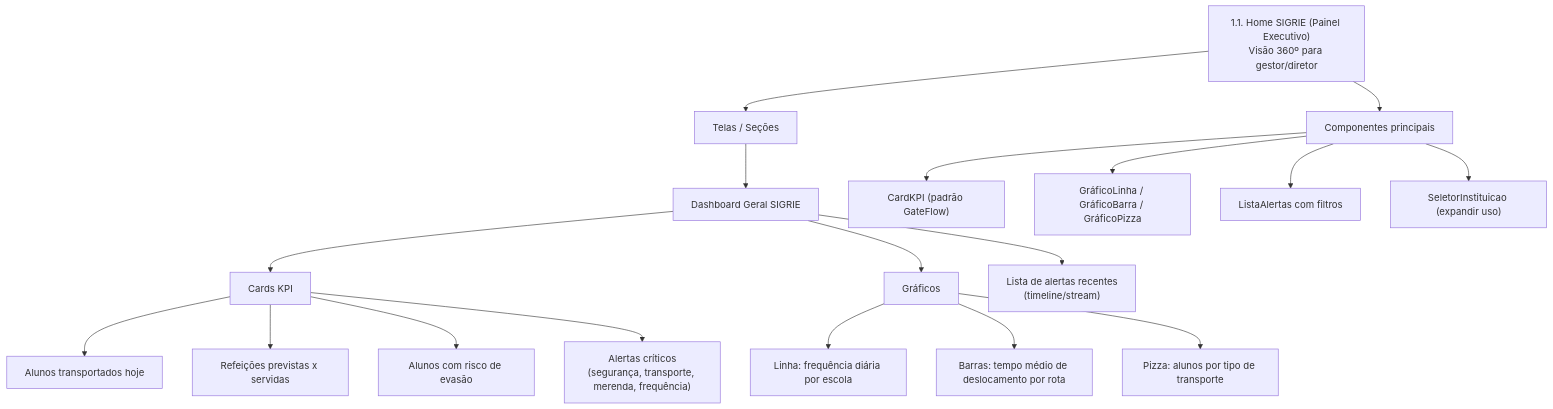
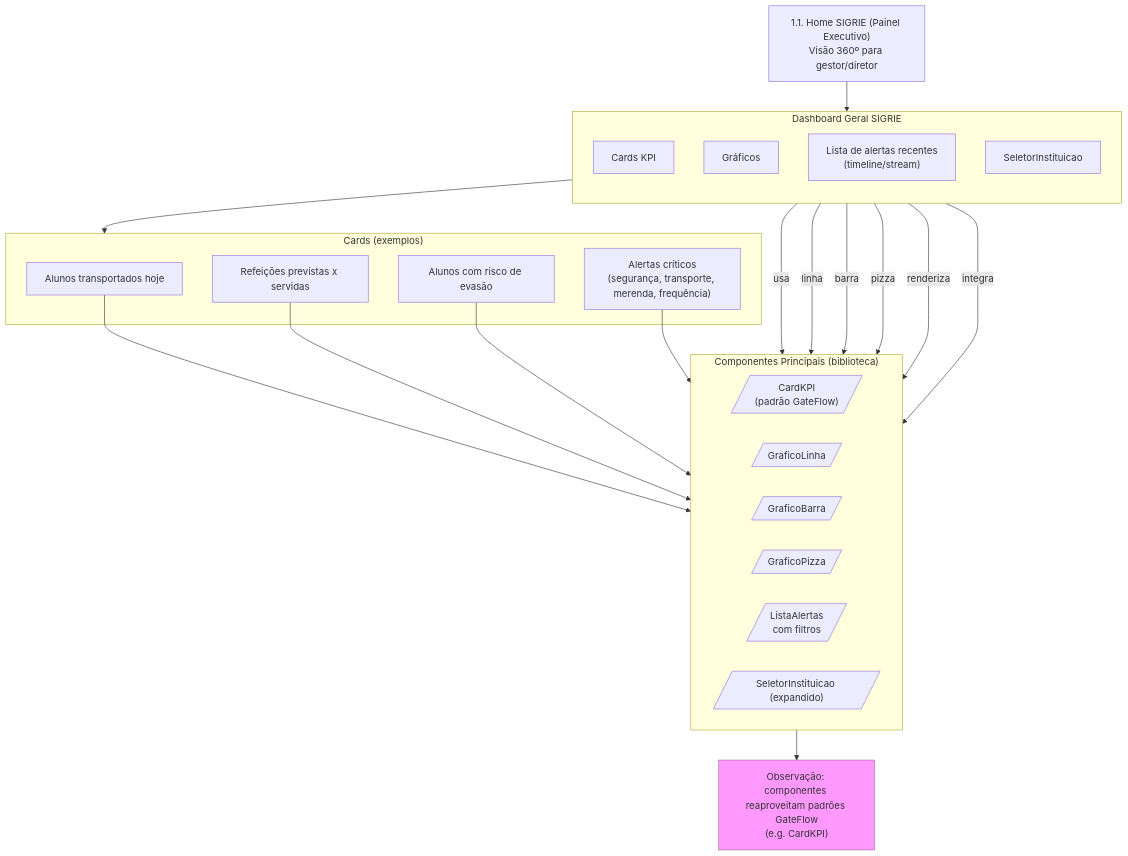
The diagram in css/README.md (JhonataFerreira95/FrontStudy), drawn with Mermaid before and after one commit.

Commit message:
Update README with new flowchart syntax

````diff
--- a/css/README.md
+++ b/css/README.md
@@ -1530,30 +1530,54 @@
 ```mermaid
-flowchart TD
+flowchart TB
+  %% Top
+  Home["1.1. Home SIGRIE (Painel Executivo)<br>Visão 360º para gestor/diretor"]
 
-    A["1.1. Home SIGRIE (Painel Executivo)<br>Visão 360º para gestor/diretor"] --> B["Telas / Seções"]
+  subgraph DASH["Dashboard Geral SIGRIE"]
+    direction TB
+    KPIs["Cards KPI"]
+    GRAF["Gráficos"]
+    ALERTS["Lista de alertas recentes<br>(timeline/stream)"]
+    SELECTOR["SeletorInstituicao"]
+  end
 
-    B --> C["Dashboard Geral SIGRIE"]
+  Home --> DASH
 
-    %% KPIs
-    C --> D["Cards KPI"]
-    D --> D1["Alunos transportados hoje"]
-    D --> D2["Refeições previstas x servidas"]
-    D --> D3["Alunos com risco de evasão"]
-    D --> D4["Alertas críticos<br>(segurança, transporte, merenda, frequência)"]
+  %% Componentes (módulo / biblioteca)
+  subgraph COMPS["Componentes Principais (biblioteca)"]
+    direction LR
+    CardKPI[/"CardKPI<br>(padrão GateFlow)"/]
+    GrafLinha[/"GraficoLinha"/]
+    GrafBarra[/"GraficoBarra"/]
+    GrafPizza[/"GraficoPizza"/]
+    ListaAlertas[/"ListaAlertas<br>com filtros"/]
+    SeletorInst[/"SeletorInstituicao (expandido)"/]
+  end
 
-    %% Gráficos
-    C --> E["Gráficos"]
-    E --> E1["Linha: frequência diária por escola"]
-    E --> E2["Barras: tempo médio de deslocamento por rota"]
-    E --> E3["Pizza: alunos por tipo de transporte"]
+  %% Mapeamento de UI -> Componentes
+  KPIs -->|usa| CardKPI
+  GRAF -->|linha| GrafLinha
+  GRAF -->|barra| GrafBarra
+  GRAF -->|pizza| GrafPizza
+  ALERTS -->|renderiza| ListaAlertas
+  SELECTOR -->|integra| SeletorInst
 
-    %% Alertas
-    C --> F["Lista de alertas recentes<br>(timeline/stream)"]
+  %% Itens de KPI (detalhe, ligados visualmente)
+  subgraph KPI_ITEMS["Cards (exemplos)"]
+    T1["Alunos transportados hoje"]
+    T2["Refeições previstas x servidas"]
+    T3["Alunos com risco de evasão"]
+    T4["Alertas críticos<br>(segurança, transporte, merenda, frequência)"]
+  end
 
-    %% Componentes principais
-    A --> G["Componentes principais"]
-    G --> G1["CardKPI (padrão GateFlow)"]
-    G --> G2["GráficoLinha / GráficoBarra / GráficoPizza"]
-    G --> G3["ListaAlertas com filtros"]
-    G --> G4["SeletorInstituicao (expandir uso)"]
+  KPIs --> KPI_ITEMS
+  T1 --> CardKPI
+  T2 --> CardKPI
+  T3 --> CardKPI
+  T4 --> CardKPI
+
+  %% Legenda / Observações
+  classDef note fill:#f9f,stroke:#333,stroke-width:0.5;
+  NOTE["Observação: componentes reaproveitam padrões GateFlow\n(e.g. CardKPI)"]:::note
+  COMPS --> NOTE
+
 ```
````
